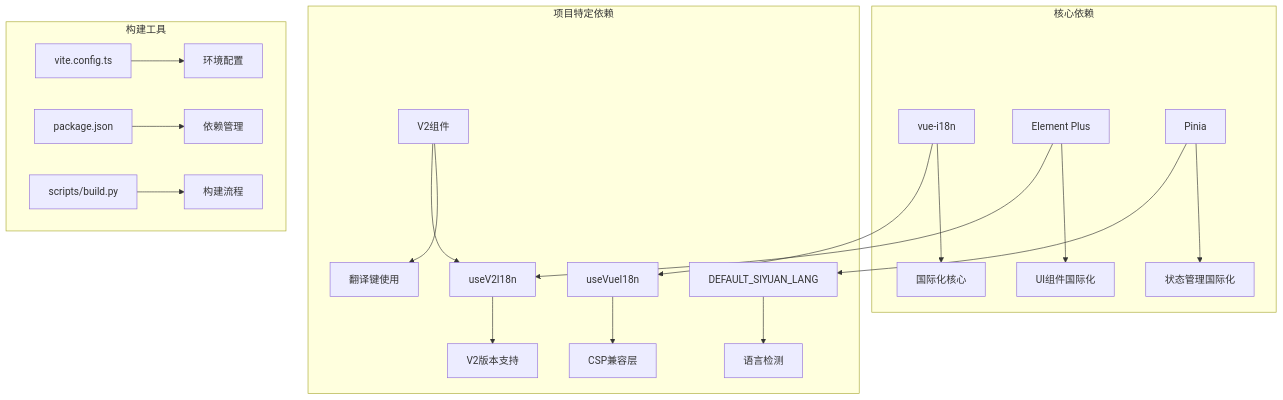
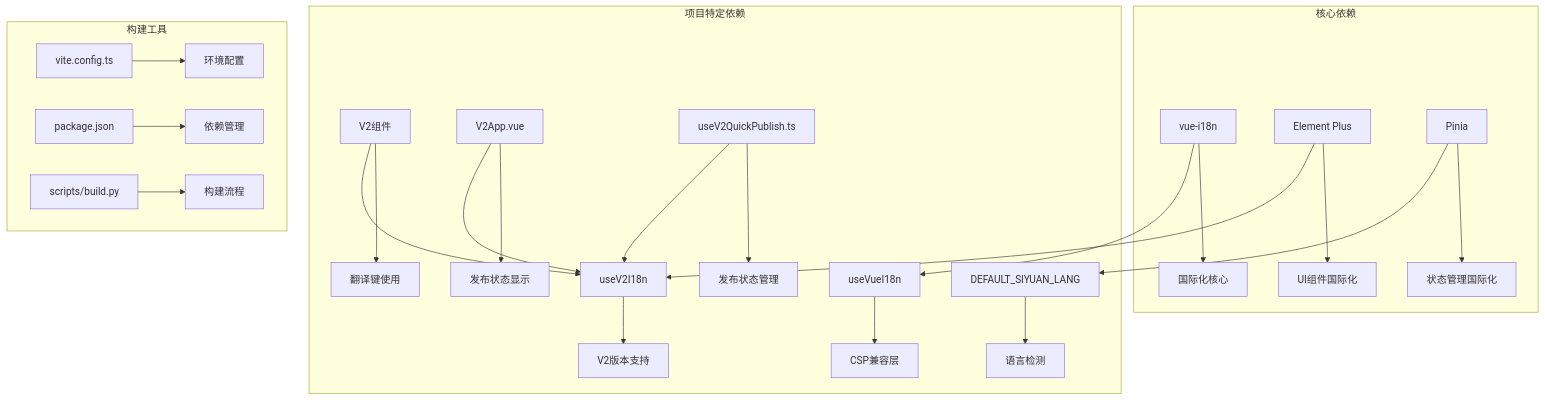
One commit to terwer/siyuan-plugin-publisher changed diagram 11 of 11 in .qoder/repowiki/zh/content/用户界面组件/国际化支持.md. Above: the diagram before and after it, drawn with Mermaid. The commit also changed other lines of this file and 5 other files, not shown here.

````diff
--- a/.qoder/repowiki/zh/content/用户界面组件/国际化支持.md
+++ b/.qoder/repowiki/zh/content/用户界面组件/国际化支持.md
@@ -444,23 +556,27 @@
 ```mermaid
 graph TB
 subgraph "核心依赖"
 A[vue-i18n] --> B[国际化核心]
 C[Element Plus] --> D[UI组件国际化]
 E[Pinia] --> F[状态管理国际化]
 end
 subgraph "项目特定依赖"
 G[useVueI18n] --> H[CSP兼容层]
 I[useV2I18n] --> J[V2版本支持]
 K[DEFAULT_SIYUAN_LANG] --> L[语言检测]
 M[V2组件] --> N[翻译键使用]
+O[V2App.vue] --> P[发布状态显示]
+Q[useV2QuickPublish.ts] --> R[发布状态管理]
 end
 subgraph "构建工具"
-O[vite.config.ts] --> P[环境配置]
-Q[package.json] --> R[依赖管理]
-S[scripts/build.py] --> T[构建流程]
+S[vite.config.ts] --> T[环境配置]
+U[package.json] --> V[依赖管理]
+W[scripts/build.py] --> X[构建流程]
 end
 A --> G
 C --> I
 E --> K
 M --> I
+O --> I
+Q --> I
 ```
````
